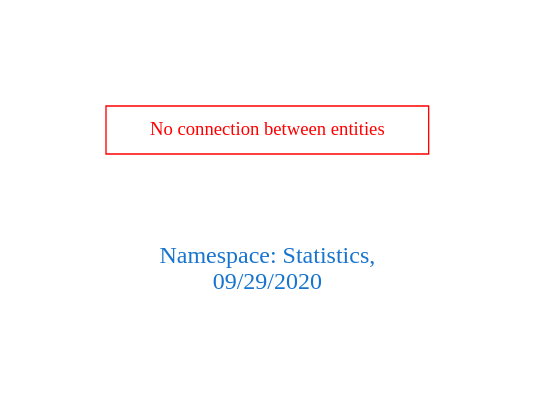
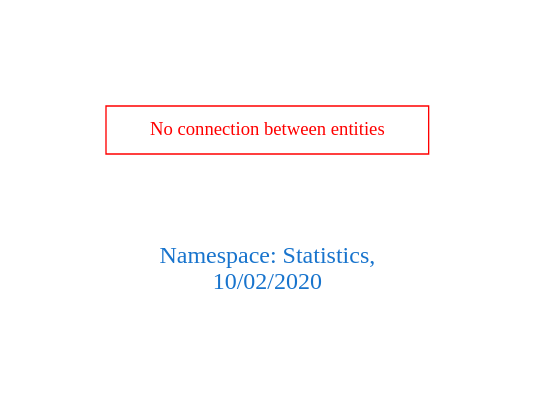
The diagram in downloads/Statistics.dot (arago/OGIT), drawn with Graphviz before and after one commit. The commit also changed 1818 other files, not shown here.

```diff
--- a/downloads/Statistics.dot
+++ b/downloads/Statistics.dot
@@ -1,9 +1,9 @@
 digraph OGIT_ontology {
  graph [ rankdir= LR,pad=1 
 fontsize = 18,
-fontcolor= dodgerblue3,label = "\n\n\nNamespace: Statistics, \n 09/29/2020"];
+fontcolor= dodgerblue3,label = "\n\n\nNamespace: Statistics, \n 10/02/2020"];
 node[shape=polygon];
 edge [  color="gray81"];
 
 "No connection between entities" [fontcolor = "red",color="red", shape="polygon"]
 }
```
